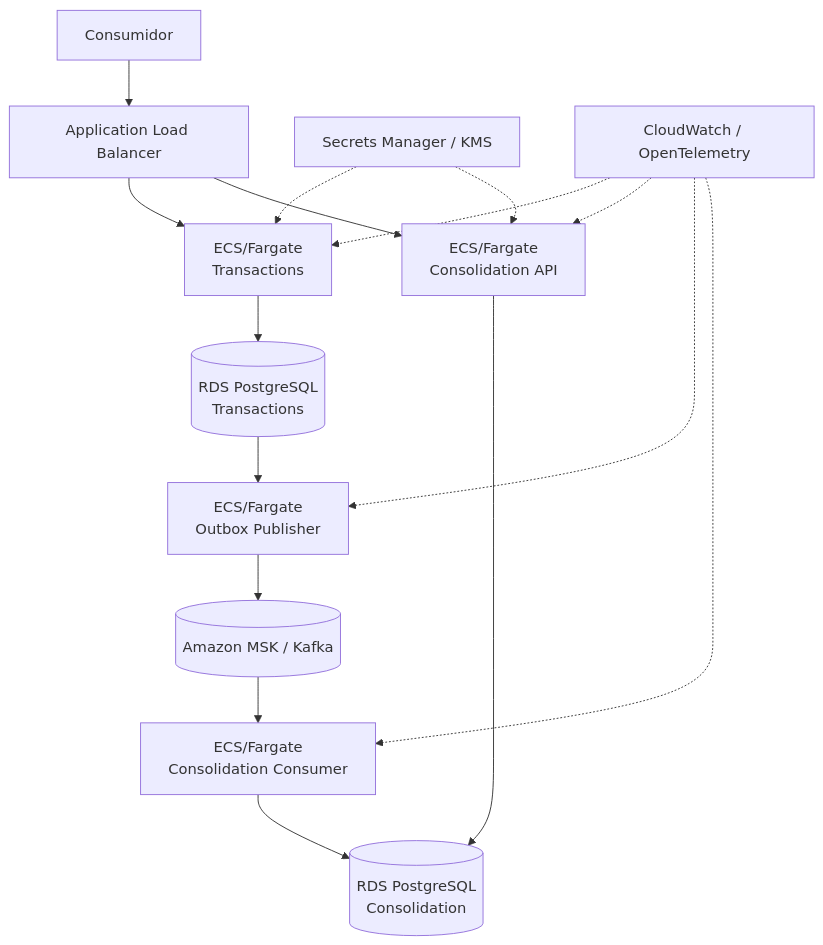
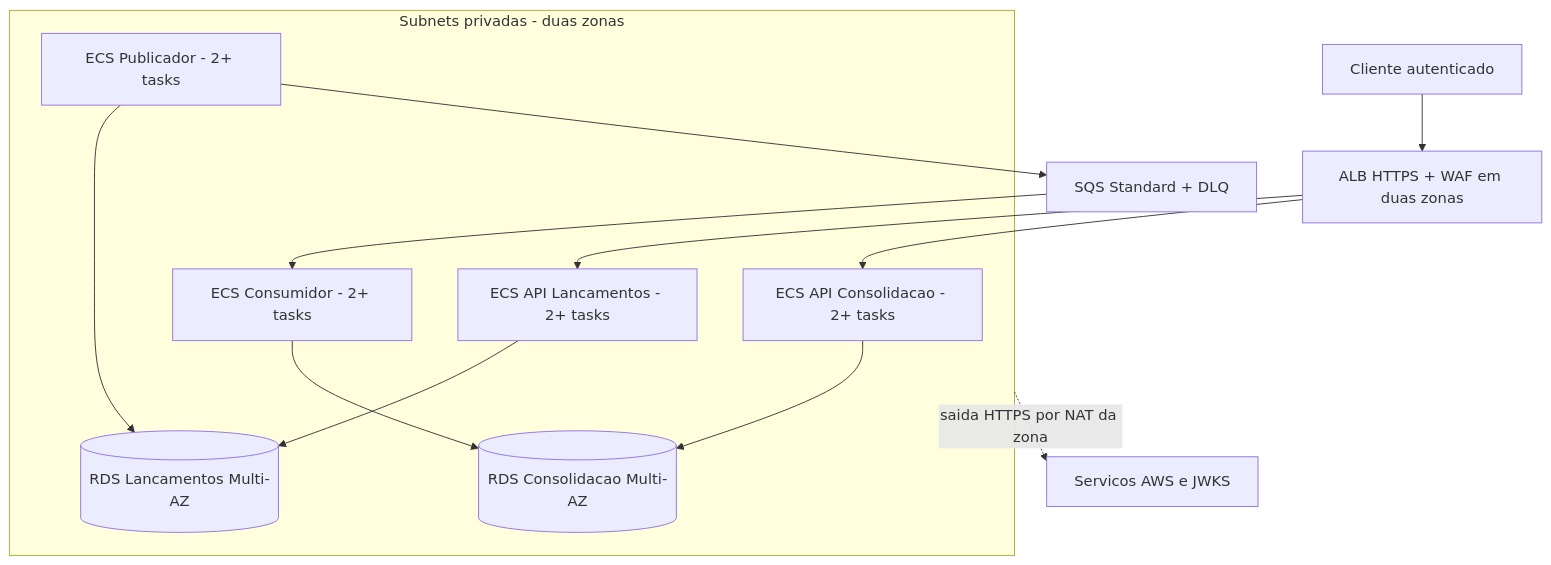
The diagram in docs/07-infraestrutura/arquitetura-aws.md (ThiagoFerraciolli/cash-flow-architecture), drawn with Mermaid before and after one commit. The commit also changed other lines of this file and 56 other files, not shown here.

````diff
--- a/docs/07-infraestrutura/arquitetura-aws.md
+++ b/docs/07-infraestrutura/arquitetura-aws.md
@@ -28,20 +15,21 @@
 ```mermaid
 flowchart TB
-    U[Consumidor] --> ALB[Application Load Balancer]
-    ALB --> T[ECS/Fargate\nTransactions]
-    ALB --> C[ECS/Fargate\nConsolidation API]
-
-    T --> TDB[(RDS PostgreSQL\nTransactions)]
-    TDB --> OP[ECS/Fargate\nOutbox Publisher]
-    OP --> MSK[(Amazon MSK / Kafka)]
-    MSK --> CC[ECS/Fargate\nConsolidation Consumer]
-    CC --> CDB[(RDS PostgreSQL\nConsolidation)]
-    C --> CDB
-
-    SM[Secrets Manager / KMS] -.-> T
-    SM -.-> C
-    CW[CloudWatch / OpenTelemetry] -.-> T
-    CW -.-> C
-    CW -.-> OP
-    CW -.-> CC
+    U[Cliente autenticado] --> ALB[ALB HTTPS + WAF em duas zonas]
+    subgraph PRIV[Subnets privadas - duas zonas]
+      TA[ECS API Lancamentos - 2+ tasks]
+      TW[ECS Publicador - 2+ tasks]
+      CA[ECS API Consolidacao - 2+ tasks]
+      CW[ECS Consumidor - 2+ tasks]
+      TDB[(RDS Lancamentos Multi-AZ)]
+      CDB[(RDS Consolidacao Multi-AZ)]
+    end
+    ALB --> TA
+    ALB --> CA
+    TA --> TDB
+    TW --> TDB
+    TW --> Q[SQS Standard + DLQ]
+    Q --> CW
+    CW --> CDB
+    CA --> CDB
+    PRIV -. saida HTTPS por NAT da zona .-> AWS[Servicos AWS e JWKS]
 ```
````
